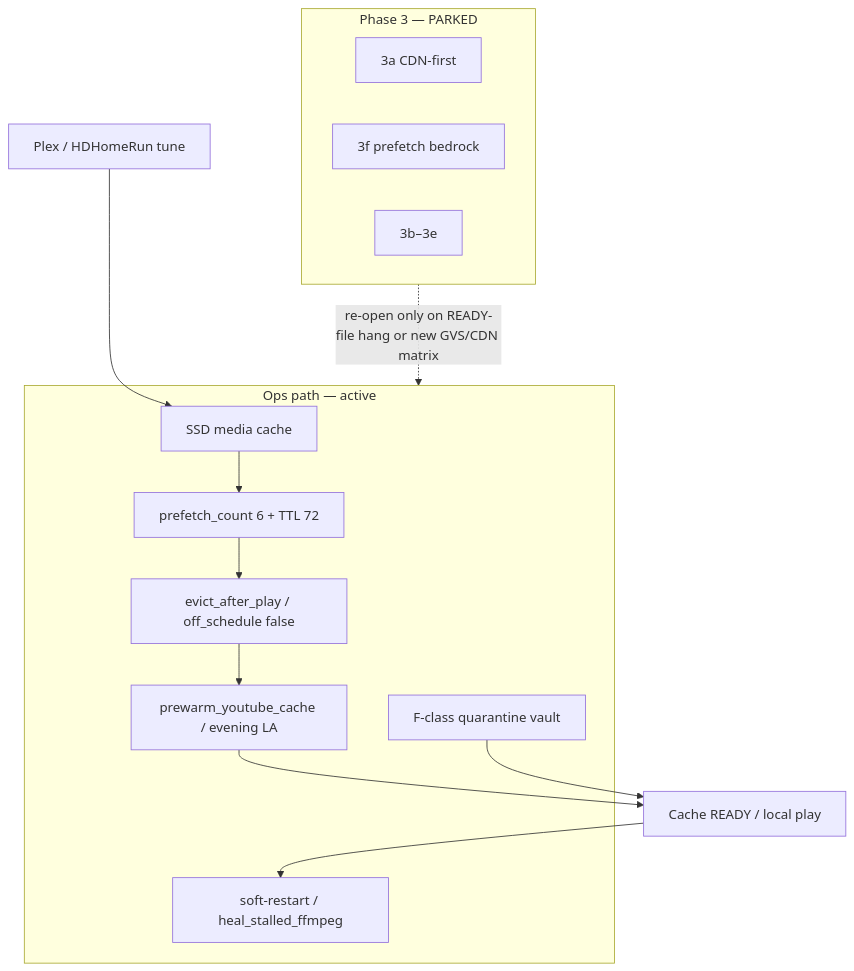
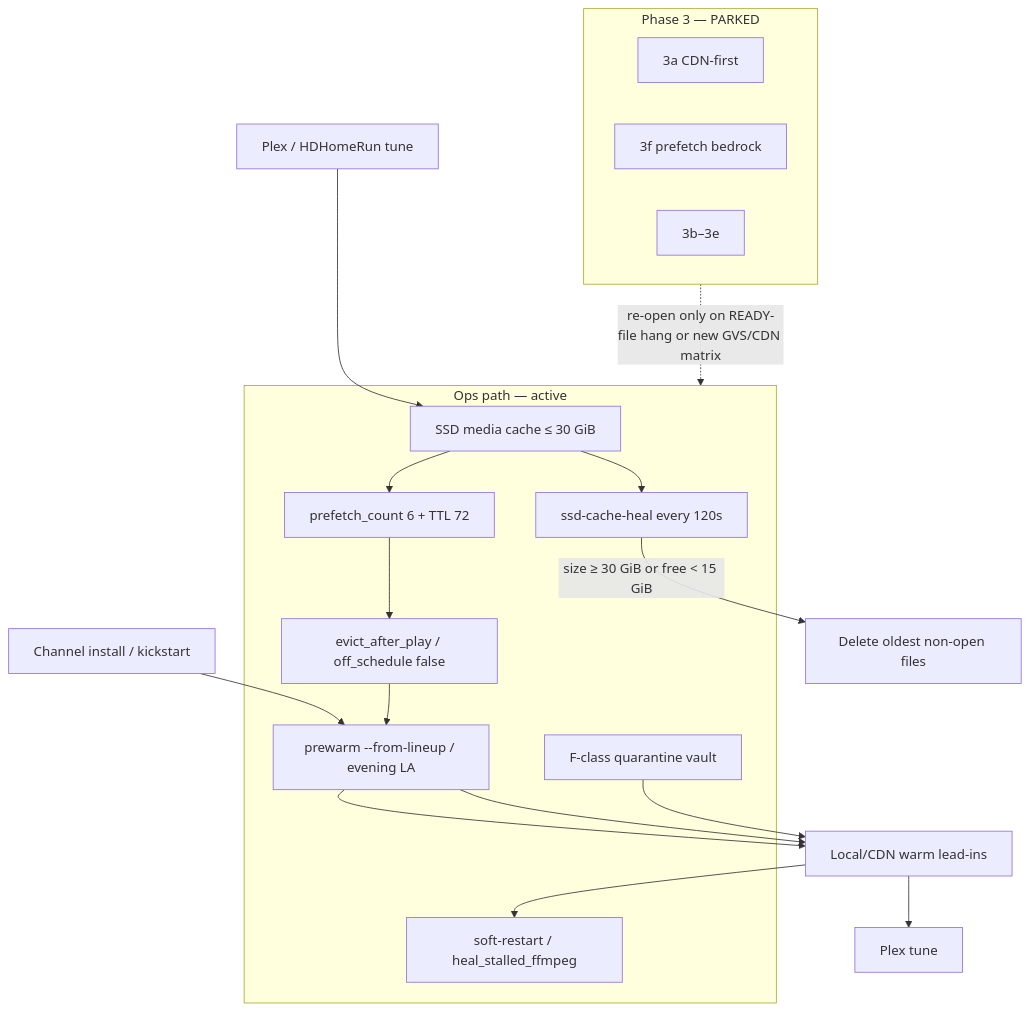
One commit to roto31/StreamTV changed the diagram in docs/guides/STREAMING_RESILIENCE_OPS.md. Above: the diagram before and after it, drawn with Mermaid. The commit also changed other lines of this file and 8 other files, not shown here.

````diff
--- a/docs/guides/STREAMING_RESILIENCE_OPS.md
+++ b/docs/guides/STREAMING_RESILIENCE_OPS.md
@@ -7,24 +7,30 @@
 ```mermaid
 flowchart TD
   subgraph ops [Ops path — active]
-    SSD["SSD media cache"]
+    SSD["SSD media cache ≤ 30 GiB"]
     Prefetch["prefetch_count 6 + TTL 72"]
     Evict["evict_after_play / off_schedule false"]
-    Prewarm["prewarm_youtube_cache / evening LA"]
+    Prewarm["prewarm --from-lineup / evening LA"]
+    Healer["ssd-cache-heal every 120s"]
     Quarantine["F-class quarantine vault"]
     Soft["soft-restart / heal_stalled_ffmpeg"]
   end
   subgraph parked [Phase 3 — PARKED]
     P3a["3a CDN-first"]
     P3f["3f prefetch bedrock"]
     Other["3b–3e"]
   end
+  Install["Channel install / kickstart"] --> Prewarm
+  Prewarm --> Ready["Local/CDN warm lead-ins"]
+  Ready --> Plex["Plex tune"]
   Tune["Plex / HDHomeRun tune"] --> SSD
   SSD --> Prefetch
   Prefetch --> Evict
   Evict --> Prewarm
-  Prewarm --> Ready["Cache READY / local play"]
+  Prewarm --> Ready
   Ready --> Soft
+  SSD --> Healer
+  Healer -->|"size ≥ 30 GiB or free < 15 GiB"| Purge["Delete oldest non-open files"]
   Quarantine --> Ready
   parked -.->|"re-open only on READY-file hang or new GVS/CDN matrix"| ops
 ```
````
